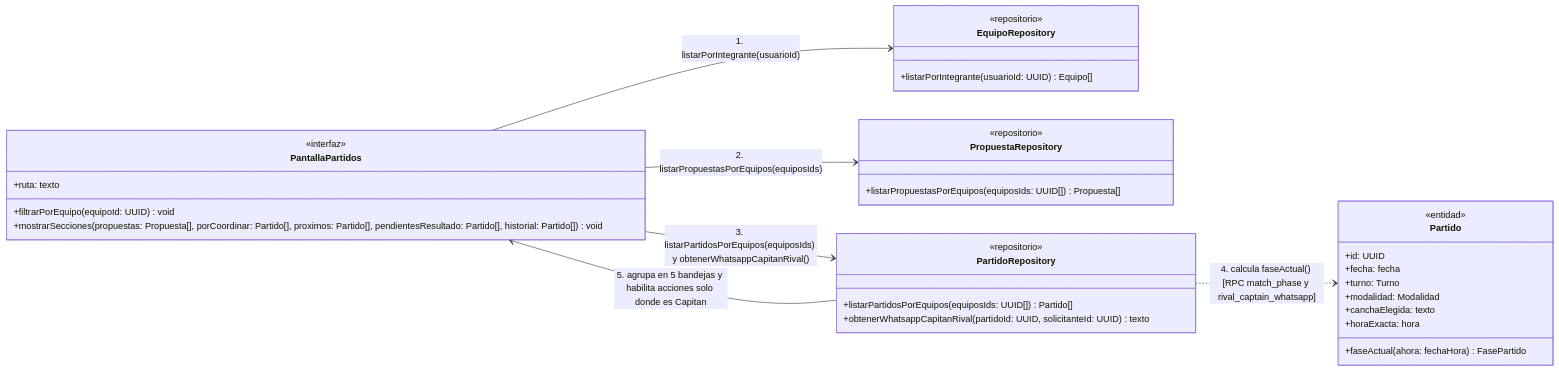
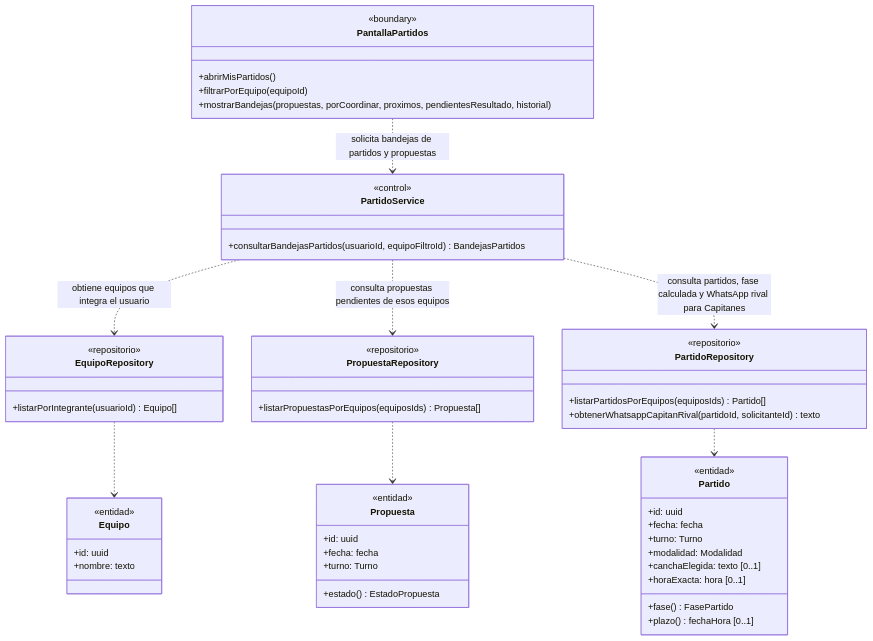
One commit to nicqletal/torneos-scraper changed diagram 15 of 15 in docs/diagramas-de-clase/partidos.md. Above: the diagram before and after it, drawn with Mermaid. The commit also changed other lines of this file and 12 other files, not shown here.

Commit message:
Correcion Diagramas de Clase

````diff
--- a/docs/diagramas-de-clase/partidos.md
+++ b/docs/diagramas-de-clase/partidos.md
@@ -1023,44 +923,57 @@
 ```mermaid
 classDiagram
-    direction LR
-
-    class PantallaPartidos {
-        <<interfaz>>
-        +ruta: texto
-        +filtrarPorEquipo(equipoId: UUID) void
-        +mostrarSecciones(propuestas: Propuesta[], porCoordinar: Partido[], proximos: Partido[], pendientesResultado: Partido[], historial: Partido[]) void
-    }
-
-    class EquipoRepository {
-        <<repositorio>>
-        +listarPorIntegrante(usuarioId: UUID) Equipo[]
-    }
-
-    class PropuestaRepository {
-        <<repositorio>>
-        +listarPropuestasPorEquipos(equiposIds: UUID[]) Propuesta[]
-    }
-
-    class PartidoRepository {
-        <<repositorio>>
-        +listarPartidosPorEquipos(equiposIds: UUID[]) Partido[]
-        +obtenerWhatsappCapitanRival(partidoId: UUID, solicitanteId: UUID) texto
-    }
-
-    class Partido {
-        <<entidad>>
-        +id: UUID
-        +fecha: fecha
-        +turno: Turno
-        +modalidad: Modalidad
-        +canchaElegida: texto
-        +horaExacta: hora
-        +faseActual(ahora: fechaHora) FasePartido
-    }
-
-    PantallaPartidos --> EquipoRepository : 1. listarPorIntegrante(usuarioId)
-    PantallaPartidos --> PropuestaRepository : 2. listarPropuestasPorEquipos(equiposIds)
-    PantallaPartidos --> PartidoRepository : 3. listarPartidosPorEquipos(equiposIds) y obtenerWhatsappCapitanRival()
-    PartidoRepository ..> Partido : 4. calcula faseActual() [RPC match_phase y rival_captain_whatsapp]
-    PartidoRepository --> PantallaPartidos : 5. agrupa en 5 bandejas y habilita acciones solo donde es Capitan
+direction TB
+class PantallaPartidos {
+  <<boundary>>
+  +abrirMisPartidos()
+  +filtrarPorEquipo(equipoId)
+  +mostrarBandejas(propuestas, porCoordinar, proximos, pendientesResultado, historial)
+}
+class PartidoService {
+  <<control>>
+  +consultarBandejasPartidos(usuarioId, equipoFiltroId) BandejasPartidos
+}
+class EquipoRepository {
+  <<repositorio>>
+  +listarPorIntegrante(usuarioId) Equipo[]
+}
+class PropuestaRepository {
+  <<repositorio>>
+  +listarPropuestasPorEquipos(equiposIds) Propuesta[]
+}
+class PartidoRepository {
+  <<repositorio>>
+  +listarPartidosPorEquipos(equiposIds) Partido[]
+  +obtenerWhatsappCapitanRival(partidoId, solicitanteId) texto
+}
+class Equipo {
+  <<entidad>>
+  +id: uuid
+  +nombre: texto
+}
+class Propuesta {
+  <<entidad>>
+  +id: uuid
+  +fecha: fecha
+  +turno: Turno
+  +estado() EstadoPropuesta
+}
+class Partido {
+  <<entidad>>
+  +id: uuid
+  +fecha: fecha
+  +turno: Turno
+  +modalidad: Modalidad
+  +canchaElegida: texto [0..1]
+  +horaExacta: hora [0..1]
+  +fase() FasePartido
+  +plazo() fechaHora [0..1]
+}
+PantallaPartidos ..> PartidoService : solicita bandejas de partidos y propuestas
+PartidoService ..> EquipoRepository : obtiene equipos que integra el usuario
+PartidoService ..> PropuestaRepository : consulta propuestas pendientes de esos equipos
+PartidoService ..> PartidoRepository : consulta partidos, fase calculada y WhatsApp rival para Capitanes
+EquipoRepository ..> Equipo
+PropuestaRepository ..> Propuesta
+PartidoRepository ..> Partido
 ```
````
